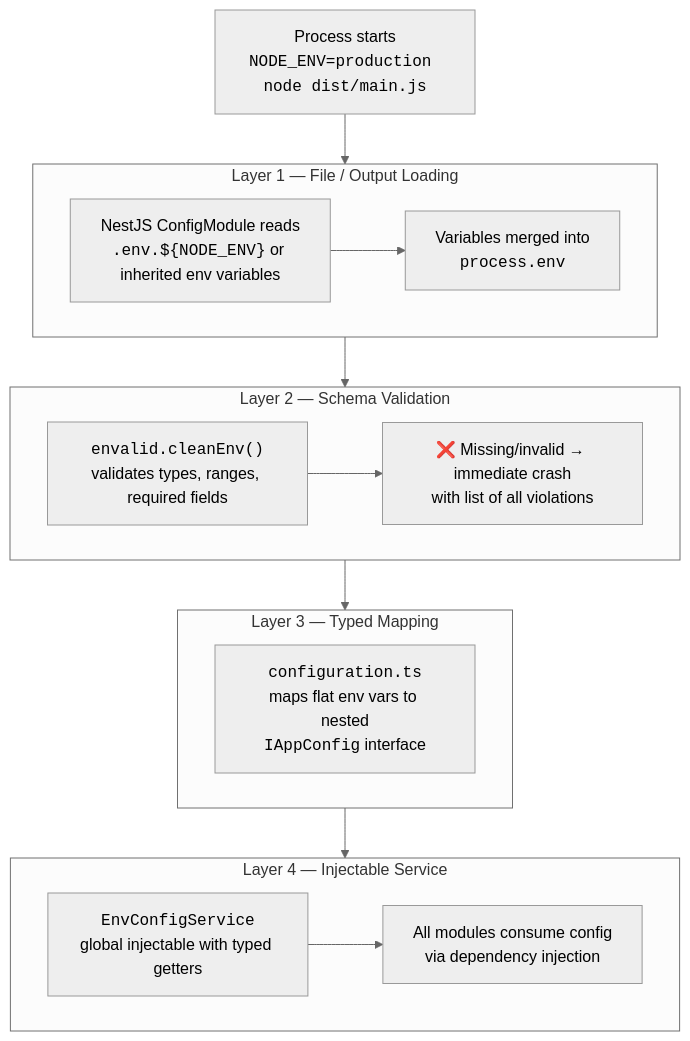
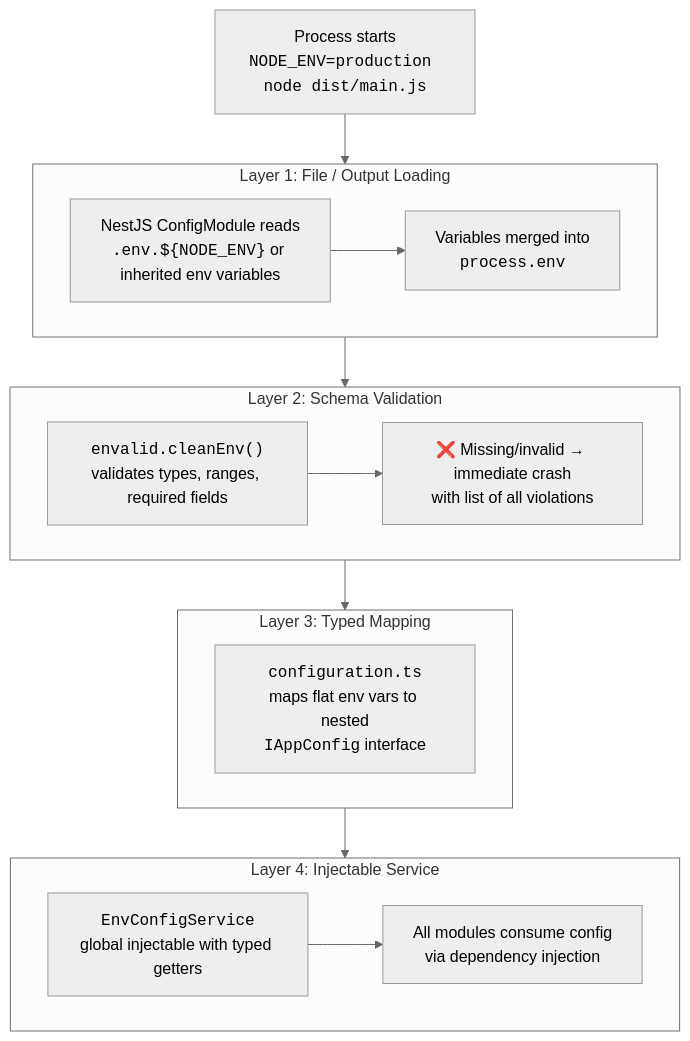
The second of 6 diagrams in docs/security/SECRETS-MANAGEMENT.md (raouf-b-dev/ecommerce-store-api), drawn with Mermaid (neutral theme) before and after one commit. The commit also changed other lines of this file and 48 other files, not shown here.

````diff
--- a/docs/security/SECRETS-MANAGEMENT.md
+++ b/docs/security/SECRETS-MANAGEMENT.md
@@ -243,37 +243,37 @@
 ```mermaid
 flowchart TD
     Start["Process starts<br/><code>NODE_ENV=production node dist/main.js</code>"]
     --> L1
 
-    subgraph L1 ["Layer 1 — File / Output Loading"]
+ subgraph L1 ["Layer 1: File / Output Loading"]
         direction LR
         L1a["NestJS ConfigModule reads<br/><code>.env.&dollar;{NODE_ENV}</code> or inherited env variables"]
         L1b["Variables merged into<br/><code>process.env</code>"]
         L1a --> L1b
     end
 
     L1 --> L2
 
-    subgraph L2 ["Layer 2 — Schema Validation"]
+ subgraph L2 ["Layer 2: Schema Validation"]
         direction LR
         L2a["<code>envalid.cleanEnv()</code><br/>validates types, ranges, required fields"]
         L2b["❌ Missing/invalid → immediate crash<br/>with list of all violations"]
         L2a --> L2b
     end
 
     L2 --> L3
 
-    subgraph L3 ["Layer 3 — Typed Mapping"]
+ subgraph L3 ["Layer 3: Typed Mapping"]
         direction LR
         L3a["<code>configuration.ts</code><br/>maps flat env vars to nested<br/><code>IAppConfig</code> interface"]
     end
 
     L3 --> L4
 
-    subgraph L4 ["Layer 4 — Injectable Service"]
+ subgraph L4 ["Layer 4: Injectable Service"]
         direction LR
         L4a["<code>EnvConfigService</code><br/>global injectable with typed getters"]
         L4b["All modules consume config<br/>via dependency injection"]
         L4a --> L4b
     end
 ```
````
